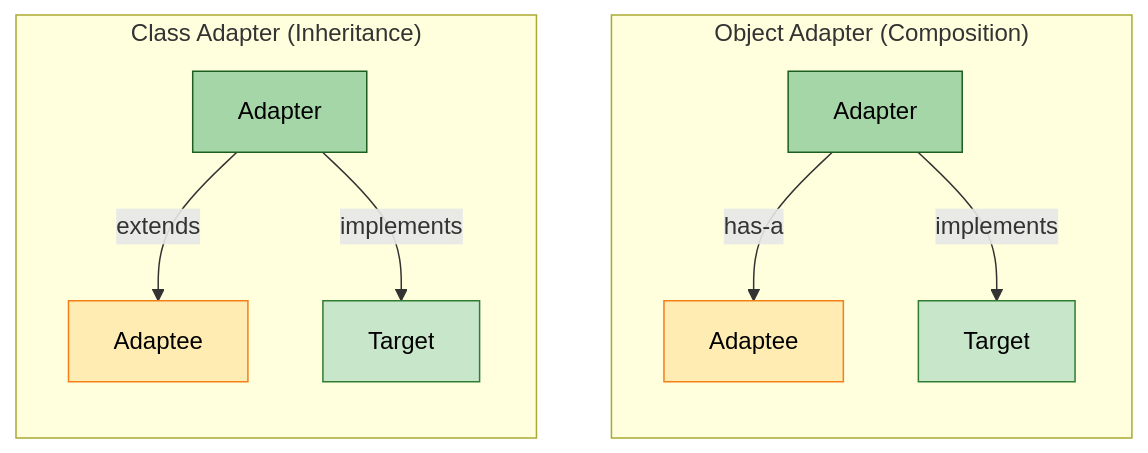
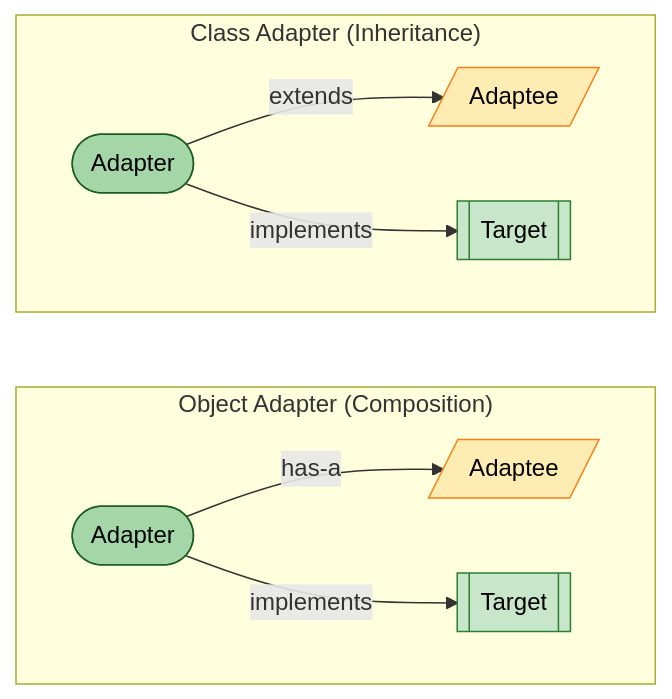
One commit to saivamsikaruturi/vamsilabs-dev-notes-main changed the fourth of 4 diagrams in docs/designpatterns/structuralDesignPatterns/AdapterDesignPattern.md. Above: the diagram before and after it, drawn with Mermaid. The commit also changed other lines of this file and 146 other files, not shown here.

Commit message:
Horizontal diagrams, UML class diagrams, typography overhaul, and permalink cleanup

````diff
--- a/docs/designpatterns/structuralDesignPatterns/AdapterDesignPattern.md
+++ b/docs/designpatterns/structuralDesignPatterns/AdapterDesignPattern.md
@@ -49,21 +76,21 @@
 ```mermaid
-flowchart TD
+flowchart LR
     subgraph ObjectAdapter["Object Adapter (Composition)"]
-        direction TB
-        OA_Adapter["Adapter"] -->|has-a| OA_Adaptee["Adaptee"]
-        OA_Adapter -->|implements| OA_Target["Target"]
+        direction LR
+        OA_Adapter(["Adapter"]) -->|has-a| OA_Adaptee[/"Adaptee"/]
+        OA_Adapter -->|implements| OA_Target[["Target"]]
     end
 
     subgraph ClassAdapter["Class Adapter (Inheritance)"]
-        direction TB
-        CA_Adapter["Adapter"] -->|extends| CA_Adaptee["Adaptee"]
-        CA_Adapter -->|implements| CA_Target["Target"]
+        direction LR
+        CA_Adapter(["Adapter"]) -->|extends| CA_Adaptee[/"Adaptee"/]
+        CA_Adapter -->|implements| CA_Target[["Target"]]
     end
 
     style OA_Adapter fill:#a5d6a7,stroke:#1b5e20,color:#000
     style OA_Adaptee fill:#ffecb3,stroke:#f57f17,color:#000
     style OA_Target fill:#c8e6c9,stroke:#2e7d32,color:#000
     style CA_Adapter fill:#a5d6a7,stroke:#1b5e20,color:#000
     style CA_Adaptee fill:#ffecb3,stroke:#f57f17,color:#000
     style CA_Target fill:#c8e6c9,stroke:#2e7d32,color:#000
 ```
````
